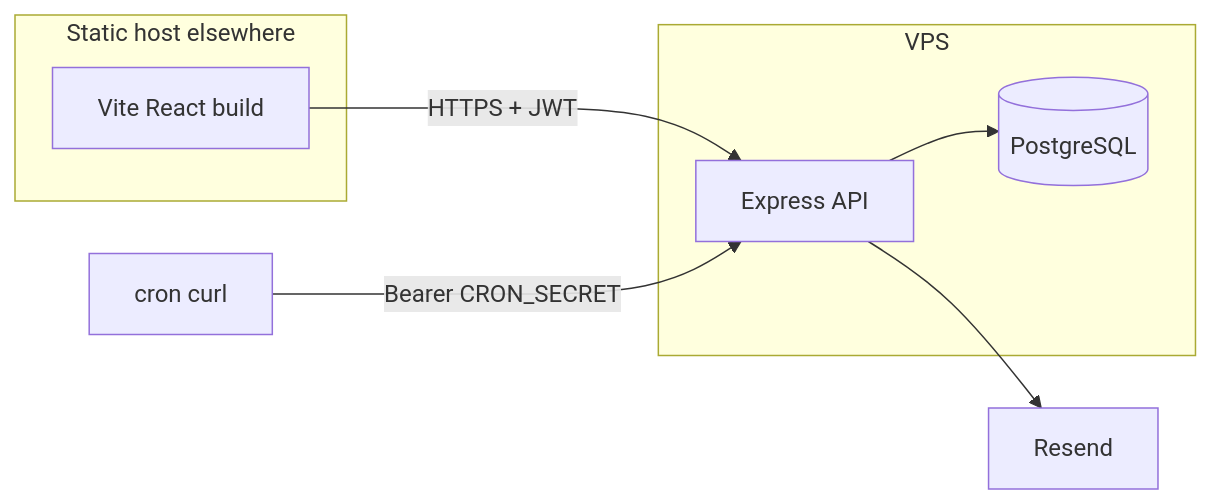
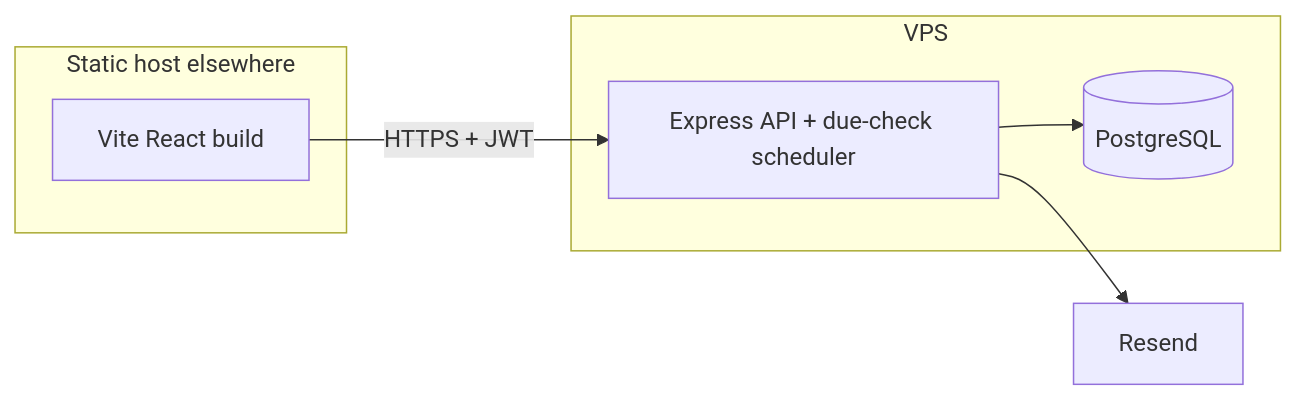
The diagram in docs/architecture.md (fpswagg/ssl-checker), drawn with Mermaid before and after one commit. The commit also changed other lines of this file and 8 other files, not shown here.

````diff
--- a/docs/architecture.md
+++ b/docs/architecture.md
@@ -24,16 +24,14 @@
 ```mermaid
 flowchart LR
   subgraph staticHost [Static host elsewhere]
     UI[Vite React build]
   end
   subgraph vps [VPS]
-    API[Express API]
+    API[Express API + due-check scheduler]
     PG[(PostgreSQL)]
   end
   Resend[Resend]
-  Cron[cron curl]
   UI -->|HTTPS + JWT| API
-  Cron -->|Bearer CRON_SECRET| API
   API --> PG
   API --> Resend
 ```
````
